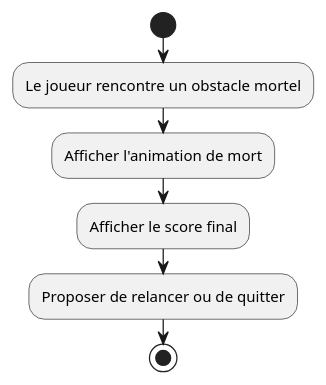
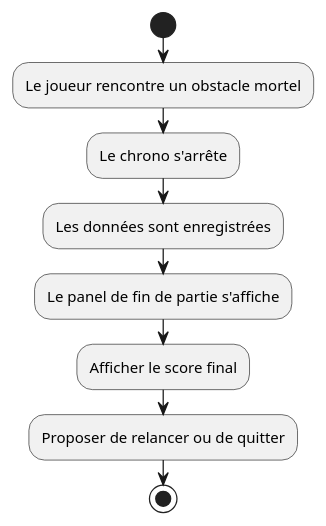
One commit to LosVerinos/Crossy-Road changed the diagram in Analyse/ActivityDiagram/fail.puml. Above: the diagram before and after it, drawn with PlantUML. The commit also changed 5 other files, not shown here.

Commit message:
review des diagrammes d'activités

```diff
--- a/Analyse/ActivityDiagram/fail.puml
+++ b/Analyse/ActivityDiagram/fail.puml
@@ -1,8 +1,10 @@
 @startuml failAcivity
 start
 :Le joueur rencontre un obstacle mortel;
-:Afficher l'animation de mort;
+:Le chrono s'arrête;
+:Les données sont enregistrées;
+:Le panel de fin de partie s'affiche;
 :Afficher le score final;
 :Proposer de relancer ou de quitter;
 stop
 @enduml
```
